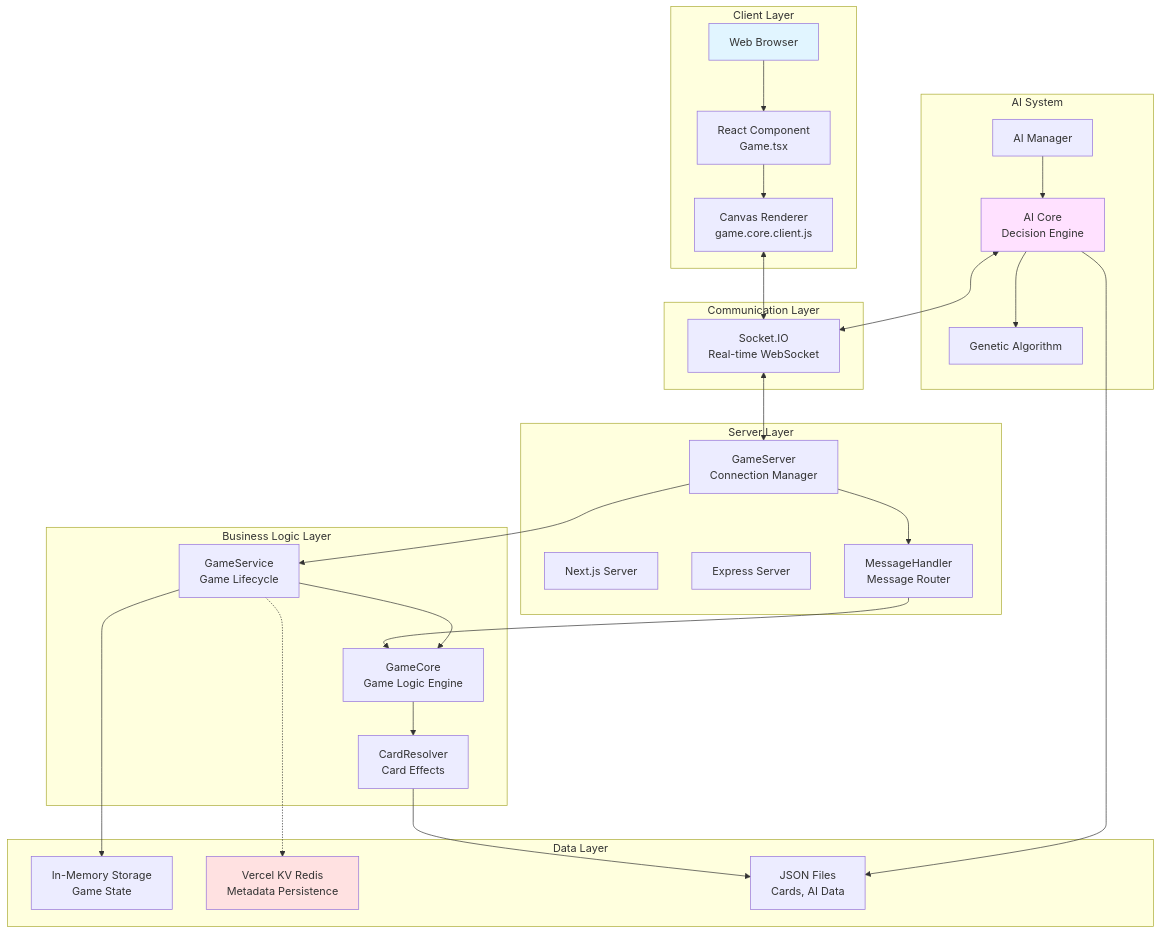
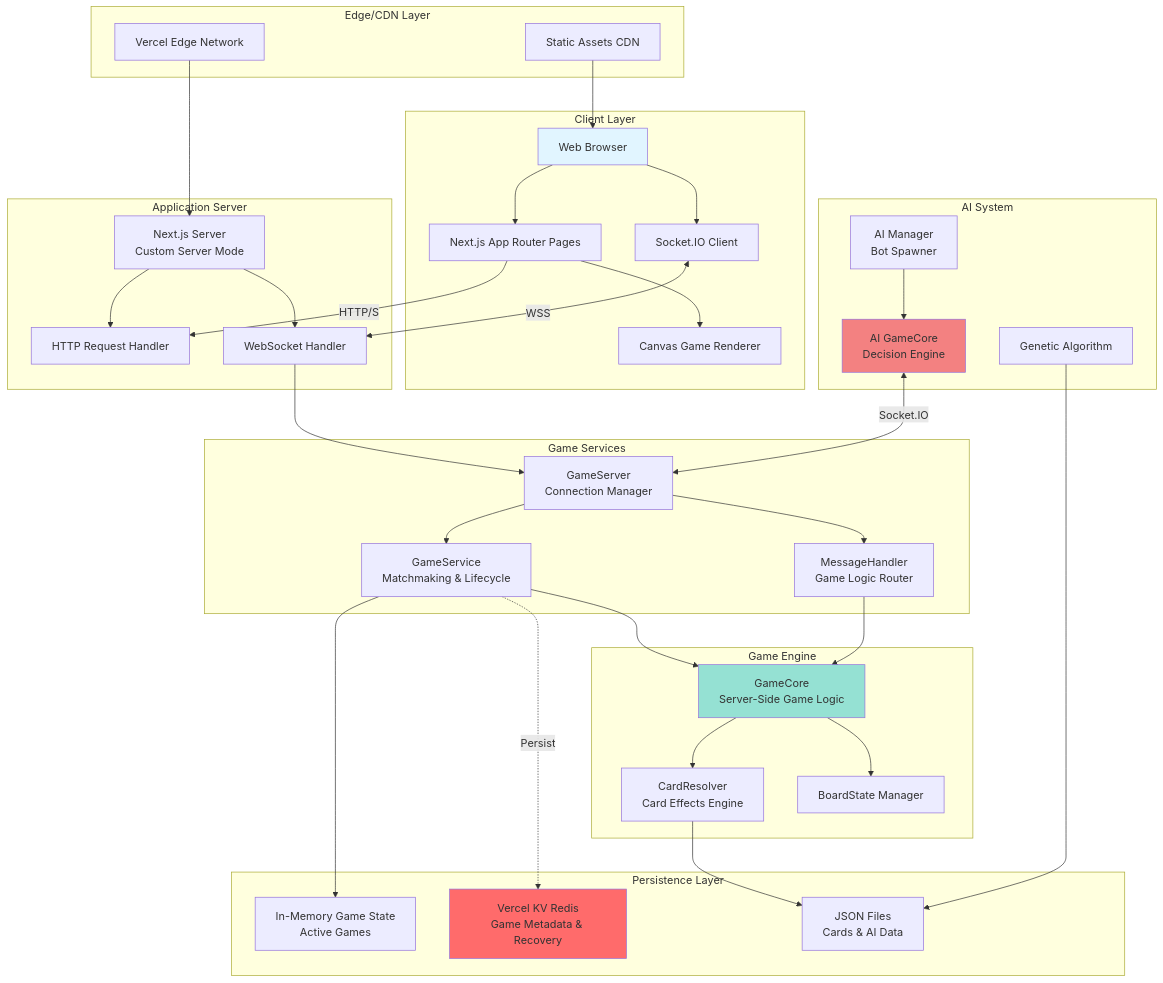
One commit to mcclowes/knights-and-crosses changed the first of 8 diagrams in ARCHITECTURE.md. Above: the diagram before and after it, drawn with Mermaid. The commit also changed other lines of this file, not shown here.

````diff
--- a/ARCHITECTURE.md
+++ b/ARCHITECTURE.md
@@ -46,58 +40,78 @@
 ```mermaid
 graph TB
     subgraph "Client Layer"
         Browser[Web Browser]
-        Canvas[Canvas Renderer<br/>game.core.client.js]
-        React[React Component<br/>Game.tsx]
+        UI[Next.js App Router Pages]
+        Canvas[Canvas Game Renderer]
+        SocketClient[Socket.IO Client]
     end
 
-    subgraph "Communication Layer"
-        SocketIO[Socket.IO<br/>Real-time WebSocket]
+    subgraph "Edge/CDN Layer"
+        Vercel[Vercel Edge Network]
+        Static[Static Assets CDN]
     end
 
-    subgraph "Server Layer"
-        NextJS[Next.js Server]
-        Express[Express Server]
-        GameServer[GameServer<br/>Connection Manager]
-        MessageHandler[MessageHandler<br/>Message Router]
+    subgraph "Application Server"
+        NextServer[Next.js Server<br/>Custom Server Mode]
+        HTTPHandler[HTTP Request Handler]
+        WSHandler[WebSocket Handler]
     end
 
-    subgraph "Business Logic Layer"
-        GameService[GameService<br/>Game Lifecycle]
-        GameCore[GameCore<br/>Game Logic Engine]
-        CardResolver[CardResolver<br/>Card Effects]
+    subgraph "Game Services"
+        GameServer[GameServer<br/>Connection Manager]
+        GameService[GameService<br/>Matchmaking & Lifecycle]
+        MessageHandler[MessageHandler<br/>Game Logic Router]
     end
 
-    subgraph "Data Layer"
-        Memory[In-Memory Storage<br/>Game State]
-        Redis[Vercel KV Redis<br/>Metadata Persistence]
-        JSON[JSON Files<br/>Cards, AI Data]
+    subgraph "Game Engine"
+        GameCore[GameCore<br/>Server-Side Game Logic]
+        CardResolver[CardResolver<br/>Card Effects Engine]
+        BoardState[BoardState Manager]
+    end
+
+    subgraph "Persistence Layer"
+        MemoryCache[In-Memory Game State<br/>Active Games]
+        Redis[Vercel KV Redis<br/>Game Metadata & Recovery]
+        FileSystem[JSON Files<br/>Cards & AI Data]
     end
 
     subgraph "AI System"
-        AIManager[AI Manager]
-        AICore[AI Core<br/>Decision Engine]
-        GeneticAlgo[Genetic Algorithm]
+        AIManager[AI Manager<br/>Bot Spawner]
+        AICore[AI GameCore<br/>Decision Engine]
+        Evolution[Genetic Algorithm]
     end
 
-    Browser --> React
-    React --> Canvas
-    Canvas <--> SocketIO
-    SocketIO <--> GameServer
+    Browser --> UI
+    UI --> Canvas
+    Browser --> SocketClient
+    SocketClient <-->|WSS| WSHandler
+    UI -->|HTTP/S| HTTPHandler
+
+    Vercel --> NextServer
+    Static --> Browser
+
+    NextServer --> HTTPHandler
+    NextServer --> WSHandler
+
+    WSHandler --> GameServer
+    GameServer --> GameService
     GameServer --> MessageHandler
-    GameServer --> GameService
+
+    GameService --> GameCore
     MessageHandler --> GameCore
-    GameService --> GameCore
     GameCore --> CardResolver
-    GameService --> Memory
-    GameService -.-> Redis
-    CardResolver --> JSON
+    GameCore --> BoardState
+
+    GameService --> MemoryCache
+    GameService -.->|Persist| Redis
+    CardResolver --> FileSystem
+
     AIManager --> AICore
-    AICore <--> SocketIO
-    AICore --> GeneticAlgo
-    AICore --> JSON
+    AICore <-->|Socket.IO| GameServer
+    Evolution --> FileSystem
 
     style Browser fill:#e1f5ff
-    style Redis fill:#ffe1e1
-    style AICore fill:#ffe1ff
+    style Redis fill:#ff6b6b
+    style GameCore fill:#95e1d3
+    style AICore fill:#f38181
 ```
````
